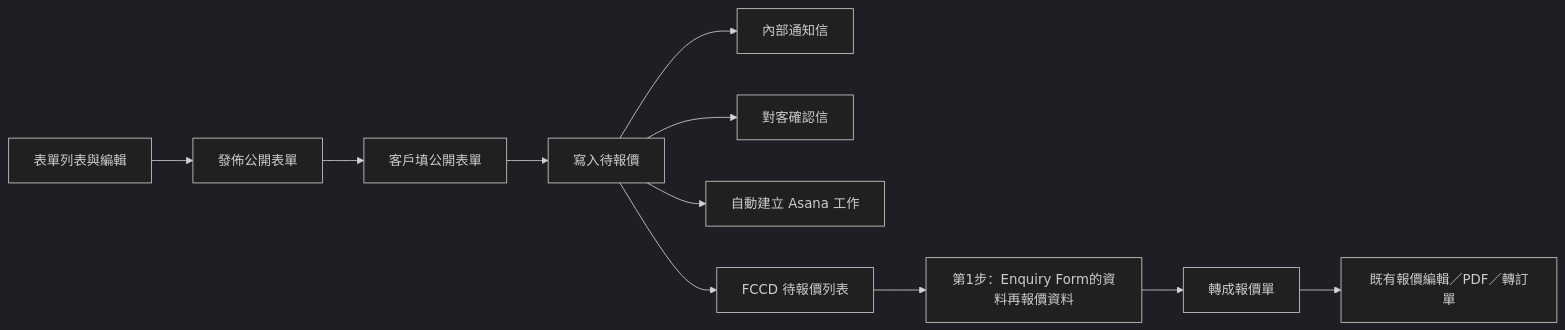
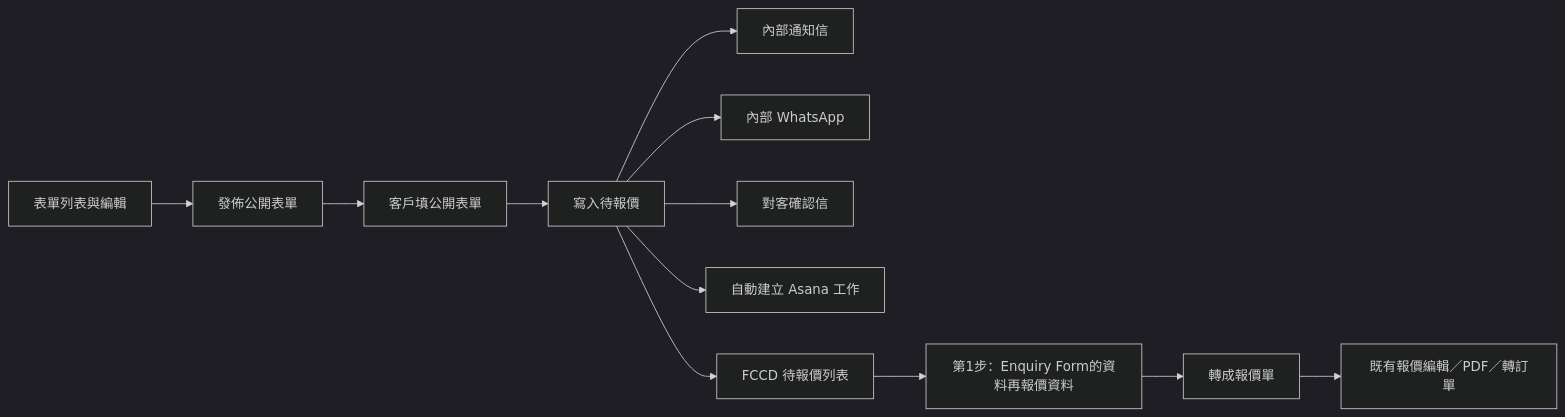
One commit to benjaken/fccd changed the diagram in docs/EMAIL_FORM_INQUIRY_PRD.md. Above: the diagram before and after it, drawn with Mermaid (dark theme). The commit also changed other lines of this file and 10 other files, not shown here.

````diff
--- a/docs/EMAIL_FORM_INQUIRY_PRD.md
+++ b/docs/EMAIL_FORM_INQUIRY_PRD.md
@@ -17,13 +17,14 @@
 ```mermaid
 flowchart LR
   builder[表單列表與編輯] --> publish[發佈公開表單]
   publish --> customer[客戶填公開表單]
   customer --> save[寫入待報價]
   save --> mail[內部通知信]
+  save --> wati[內部 WhatsApp]
   save --> ack[對客確認信]
   save --> asana[自動建立 Asana 工作]
   save --> list[FCCD 待報價列表]
   list --> detail["第1步：Enquiry Form的資料再報價資料"]
   detail --> convert[轉成報價單]
   convert --> quote[既有報價編輯／PDF／轉訂單]
 ```
````
